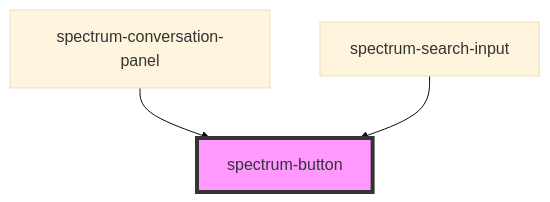
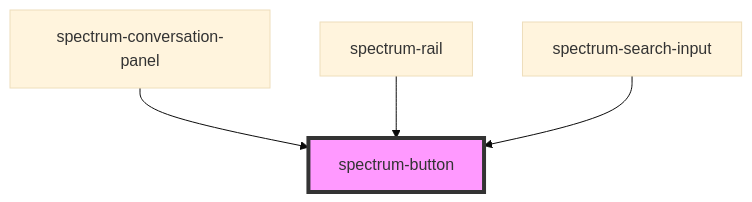
One commit to emamirelar/spectrum changed the diagram in packages/core/src/components/spectrum-button/readme.md. Above: the diagram before and after it, drawn with Mermaid (base theme). The commit also changed other lines of this file and 13 other files, not shown here.

````diff
--- a/packages/core/src/components/spectrum-button/readme.md
+++ b/packages/core/src/components/spectrum-button/readme.md
@@ -33,6 +34,7 @@
 ```mermaid
 graph TD;
   spectrum-conversation-panel --> spectrum-button
+  spectrum-rail --> spectrum-button
   spectrum-search-input --> spectrum-button
   style spectrum-button fill:#f9f,stroke:#333,stroke-width:4px
 ```
````
